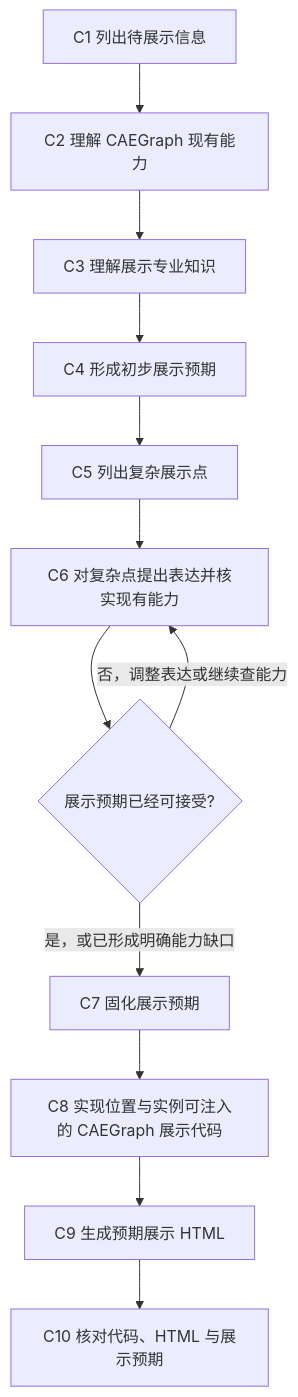
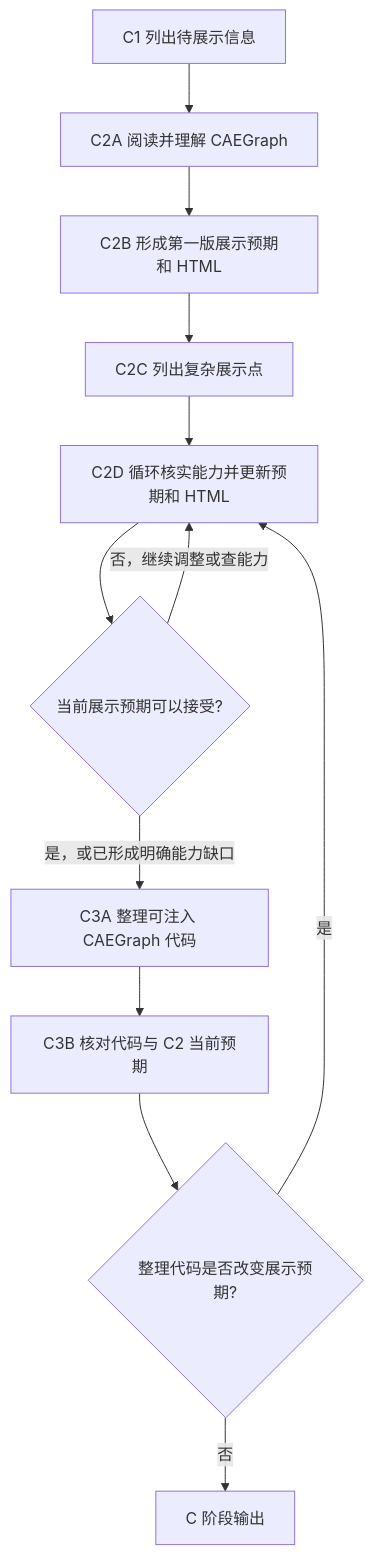
One commit to daowei2026/observe-iterate changed the diagram in skills/observation-material-preparation/caegraph-display-preparation/WORKFLOW.md. Above: the diagram before and after it, drawn with Mermaid. The commit also changed other lines of this file, not shown here.

Commit message:
docs: renumber C workflow and make HTML part of C2

````diff
--- a/skills/observation-material-preparation/caegraph-display-preparation/WORKFLOW.md
+++ b/skills/observation-material-preparation/caegraph-display-preparation/WORKFLOW.md
@@ -5,14 +5,14 @@
 ```mermaid
 flowchart TD
-  C1[C1 列出待展示信息] --> C2[C2 理解 CAEGraph 现有能力]
-  C2 --> C3[C3 理解展示专业知识]
-  C3 --> C4[C4 形成初步展示预期]
-  C4 --> C5[C5 列出复杂展示点]
-  C5 --> C6[C6 对复杂点提出表达并核实现有能力]
-  C6 --> X{展示预期已经可接受?}
-  X -- 否，调整表达或继续查能力 --> C6
-  X -- 是，或已形成明确能力缺口 --> C7[C7 固化展示预期]
-  C7 --> C8[C8 实现位置与实例可注入的 CAEGraph 展示代码]
-  C8 --> C9[C9 生成预期展示 HTML]
-  C9 --> C10[C10 核对代码、HTML 与展示预期]
+  C1[C1 列出待展示信息] --> C2A[C2A 阅读并理解 CAEGraph]
+  C2A --> C2B[C2B 形成第一版展示预期和 HTML]
+  C2B --> C2C[C2C 列出复杂展示点]
+  C2C --> C2D[C2D 循环核实能力并更新预期和 HTML]
+  C2D --> X{当前展示预期可以接受?}
+  X -- 否，继续调整或查能力 --> C2D
+  X -- 是，或已形成明确能力缺口 --> C3A[C3A 整理可注入 CAEGraph 代码]
+  C3A --> C3B[C3B 核对代码与 C2 当前预期]
+  C3B --> Y{整理代码是否改变展示预期?}
+  Y -- 是 --> C2D
+  Y -- 否 --> O[C 阶段输出]
 ```
````
